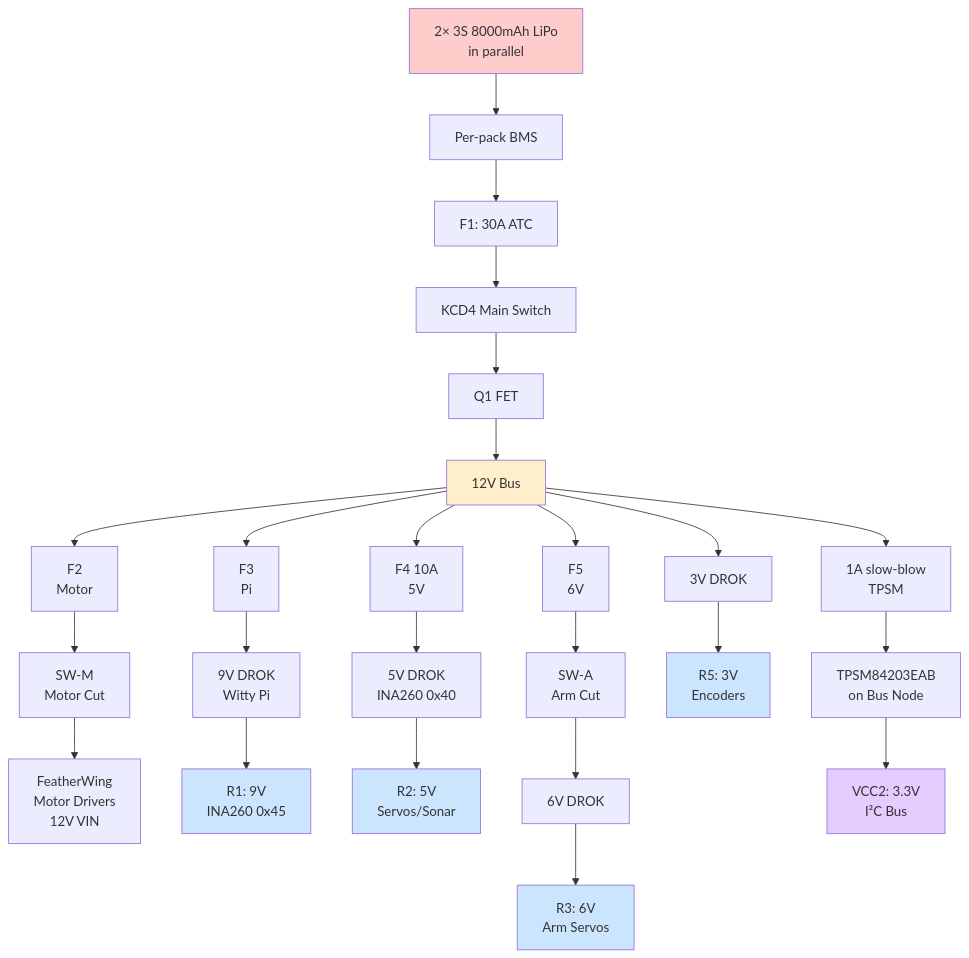
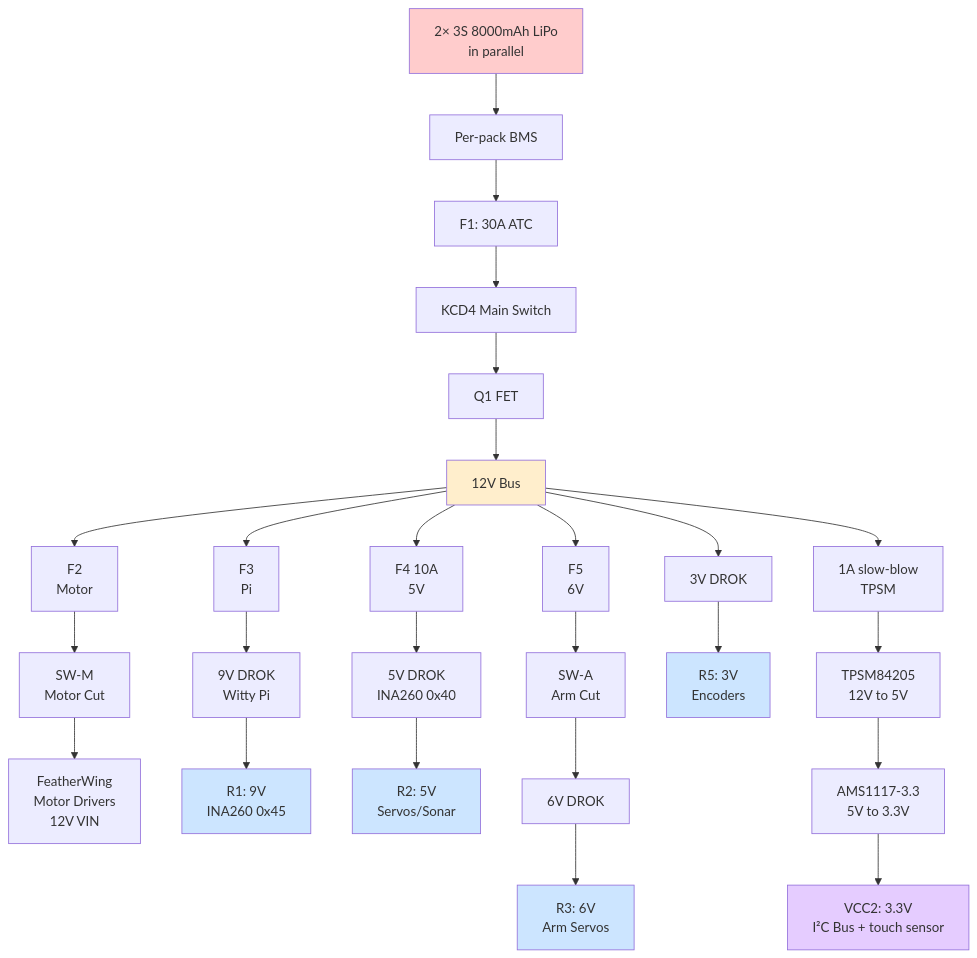
One commit to hdhimmel/willy-rover changed the first of 5 diagrams in docs/WildWilly_Master_Hardware_Design_v2.0.md. Above: the diagram before and after it, drawn with Mermaid. The commit also changed other lines of this file and 2 other files, not shown here.

First line of the commit message:
Docs: TPSM84205 installed; AMS1117-3.3 is NOT retired

````diff
--- a/docs/WildWilly_Master_Hardware_Design_v2.0.md
+++ b/docs/WildWilly_Master_Hardware_Design_v2.0.md
@@ -80,73 +80,75 @@
 ```mermaid
 graph TD
     BAT["2× 3S 8000mAh LiPo<br/>in parallel"]
     BMS["Per-pack BMS"]
     F1["F1: 30A ATC"]
     KCD4["KCD4 Main Switch"]
     Q1["Q1 FET"]
     BUS["12V Bus"]
     
     F2["F2<br/>Motor"]
     F3["F3<br/>Pi"]
     F4["F4 10A<br/>5V"]
     F5["F5<br/>6V"]
     F_TPSM["1A slow-blow<br/>TPSM"]
     
     SW_M["SW-M<br/>Motor Cut"]
     FW_MOTOR["FeatherWing<br/>Motor Drivers<br/>12V VIN"]
     
     PI_BUCK["9V DROK<br/>Witty Pi"]
     R1["R1: 9V<br/>INA260 0x45"]
     
     DROK5["5V DROK<br/>INA260 0x40"]
     R2["R2: 5V<br/>Servos/Sonar"]
     
     SW_A["SW-A<br/>Arm Cut"]
     DROK6["6V DROK"]
     R3["R3: 6V<br/>Arm Servos"]
     
     DROK3["3V DROK"]
     R5["R5: 3V<br/>Encoders"]
     
-    TPSM["TPSM84203EAB<br/>on Bus Node"]
-    BUS_VCC2["VCC2: 3.3V<br/>I²C Bus"]
+    TPSM["TPSM84205<br/>12V to 5V"]
+    AMS["AMS1117-3.3<br/>5V to 3.3V"]
+    BUS_VCC2["VCC2: 3.3V<br/>I²C Bus + touch sensor"]
     
     BAT --> BMS
     BMS --> F1
     F1 --> KCD4
     KCD4 --> Q1
     Q1 --> BUS
     
     BUS --> F2
     BUS --> F3
     BUS --> F4
     BUS --> F5
     BUS --> F_TPSM
     
     F2 --> SW_M
     SW_M --> FW_MOTOR
     
     F3 --> PI_BUCK
     PI_BUCK --> R1
     
     F4 --> DROK5
     DROK5 --> R2
     
     F5 --> SW_A
     SW_A --> DROK6
     DROK6 --> R3
     
     BUS --> DROK3
     DROK3 --> R5
     
     F_TPSM --> TPSM
-    TPSM --> BUS_VCC2
+    TPSM --> AMS
+    AMS --> BUS_VCC2
     
     style BAT fill:#ffcccc
     style BUS fill:#ffeecc
     style R1 fill:#cce5ff
     style R2 fill:#cce5ff
     style R3 fill:#cce5ff
     style R5 fill:#cce5ff
     style BUS_VCC2 fill:#e5ccff
 ```
````
